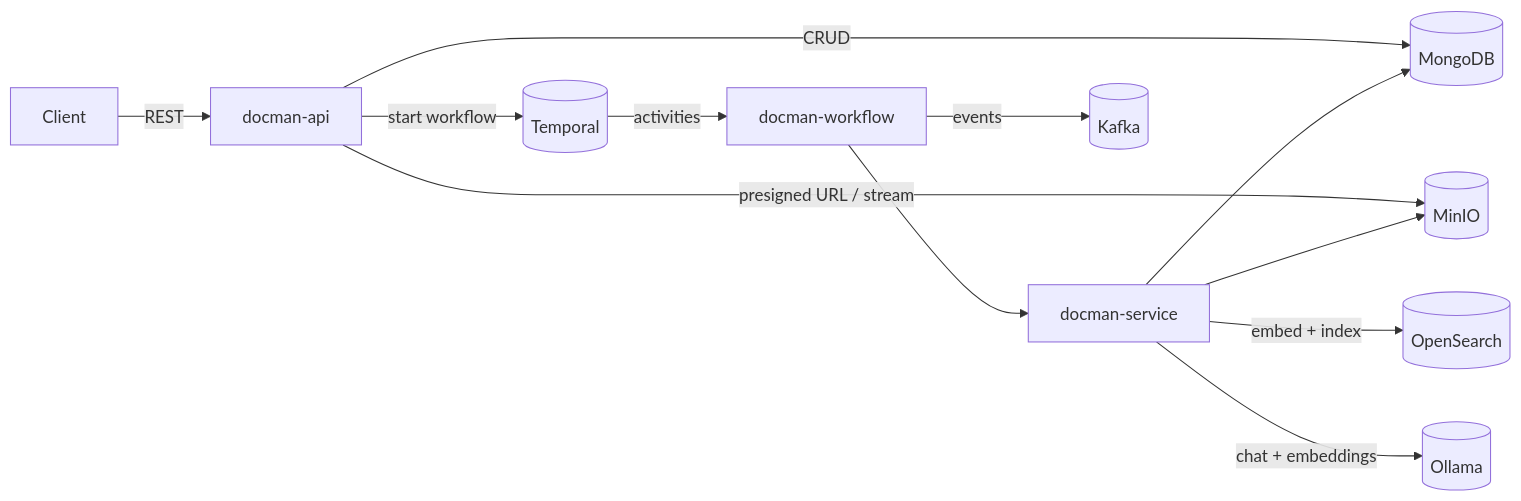
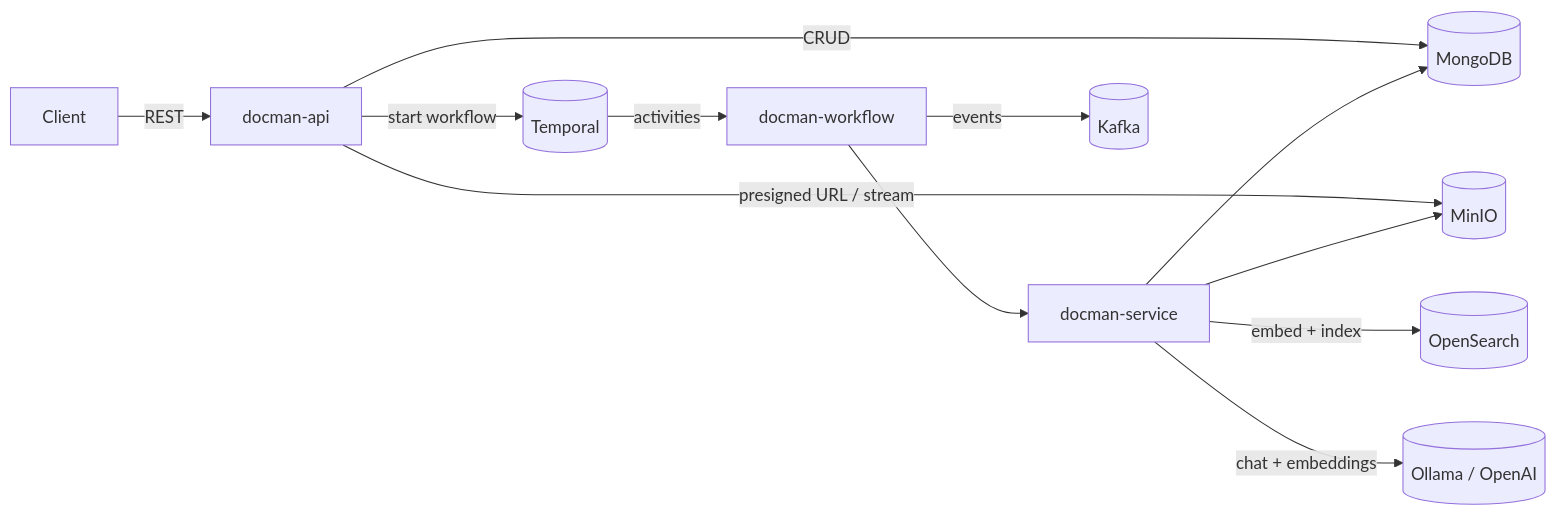
Before and after one commit to kamranzafar/docman-ai: the first of 4 diagrams in docs/ARCHITECTURE.md, drawn with Mermaid. The commit also changed other lines of this file and 9 other files, not shown here.

````diff
--- a/docs/ARCHITECTURE.md
+++ b/docs/ARCHITECTURE.md
@@ -11,14 +11,14 @@
 ```mermaid
 flowchart LR
     Client -->|REST| API[docman-api]
     API -->|start workflow| Temporal[(Temporal)]
     API -->|CRUD| Mongo[(MongoDB)]
     API -->|presigned URL / stream| MinIO[(MinIO)]
     Temporal -->|activities| Workflow[docman-workflow]
     Workflow --> DocmanService[docman-service]
     DocmanService --> Mongo
     DocmanService --> MinIO
     DocmanService -->|embed + index| OpenSearch[(OpenSearch)]
-    DocmanService -->|chat + embeddings| Ollama[(Ollama)]
+    DocmanService -->|chat + embeddings| Model[(Ollama / OpenAI)]
     Workflow -->|events| Kafka[(Kafka)]
 ```
````
